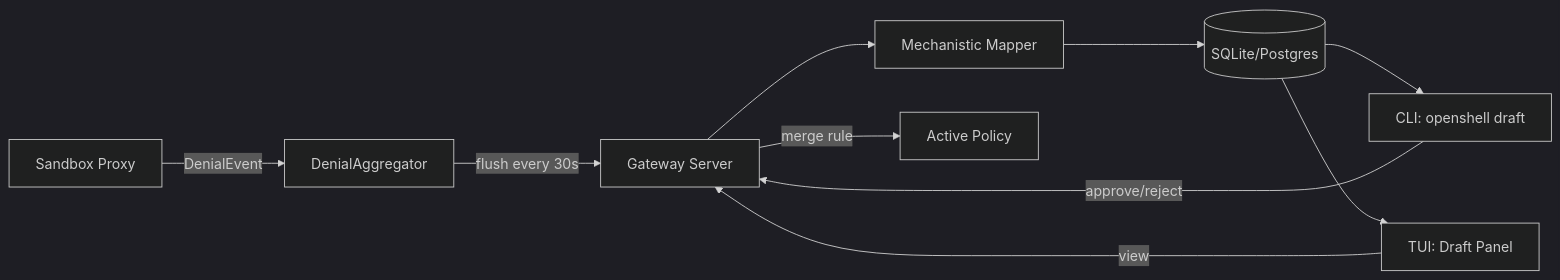
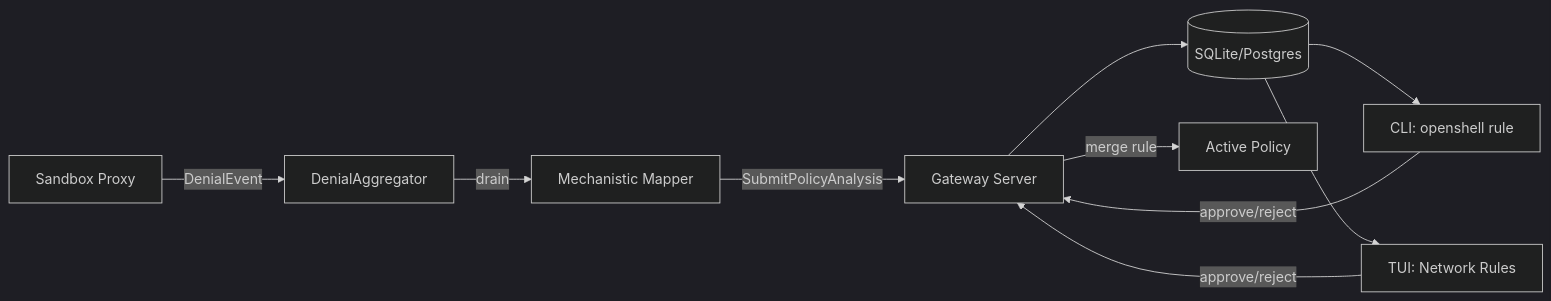
Before and after one commit to NVIDIA/OpenShell: the first of 2 diagrams in architecture/policy-advisor.md, drawn with Mermaid (dark theme). The commit also changed other lines of this file and 21 other files, not shown here.

First line of the commit message:
refactor(policy): move mapper sandbox-side, slim schema, per-binary granularity

````diff
--- a/architecture/policy-advisor.md
+++ b/architecture/policy-advisor.md
@@ -9,12 +9,12 @@
 ```mermaid
 flowchart LR
     PROXY[Sandbox Proxy] -->|DenialEvent| AGG[DenialAggregator]
-    AGG -->|flush every 30s| GW[Gateway Server]
-    GW --> MAPPER[Mechanistic Mapper]
-    MAPPER --> STORE[(SQLite/Postgres)]
-    STORE --> CLI[CLI: openshell draft]
-    STORE --> TUI[TUI: Draft Panel]
+    AGG -->|drain| MAPPER[Mechanistic Mapper]
+    MAPPER -->|SubmitPolicyAnalysis| GW[Gateway Server]
+    GW --> STORE[(SQLite/Postgres)]
+    STORE --> CLI[CLI: openshell rule]
+    STORE --> TUI[TUI: Network Rules]
     CLI -->|approve/reject| GW
-    TUI -->|view| GW
+    TUI -->|approve/reject| GW
     GW -->|merge rule| POLICY[Active Policy]
 ```
````
